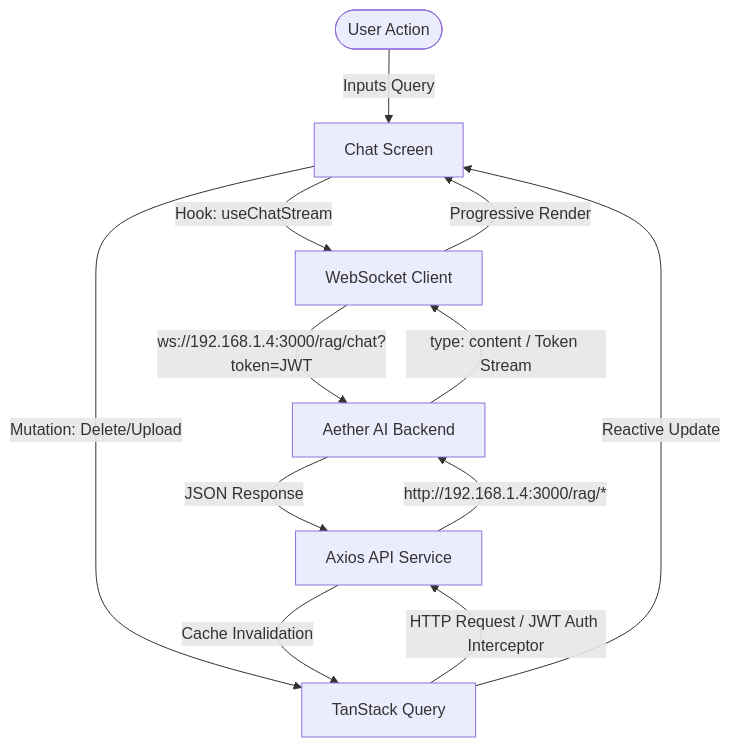
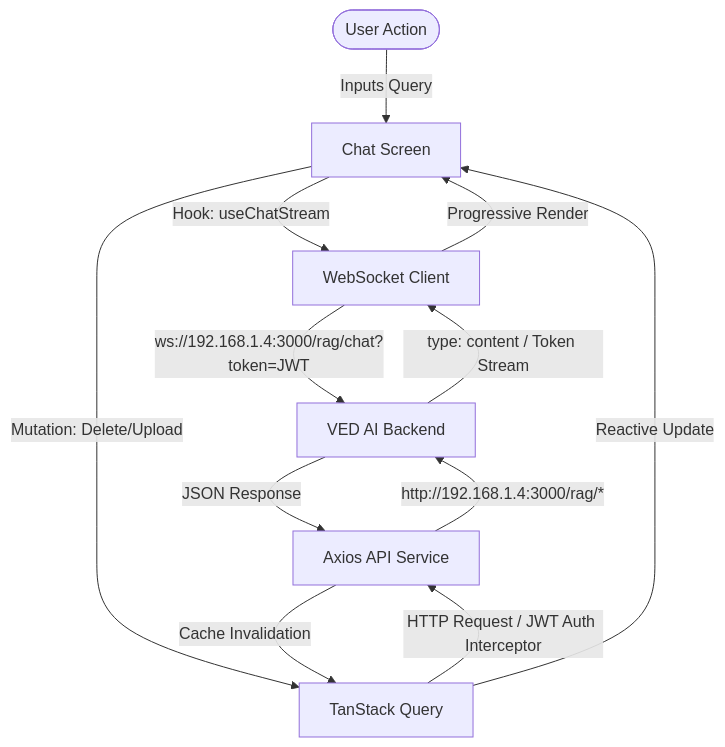
Before and after one commit to okaadyx/ved: the diagram in README.md, drawn with Mermaid. The commit also changed other lines of this file and 39 other files, not shown here.

Commit message:
feat: scaffold VED application structure with authentication flows, chat interface, and custom navigation drawer

````diff
--- a/README.md
+++ b/README.md
@@ -20,17 +20,17 @@
 ```mermaid
 graph TD
     User([User Action]) -->|Inputs Query| Screen[Chat Screen]
     Screen -->|Hook: useChatStream| WS[WebSocket Client]
-    WS -->|ws://192.168.1.4:3000/rag/chat?token=JWT| Server[Aether AI Backend]
+    WS -->|ws://192.168.1.4:3000/rag/chat?token=JWT| Server[VED AI Backend]
     
     Server -->|type: content / Token Stream| WS
     WS -->|Progressive Render| Screen
     
     Screen -->|Mutation: Delete/Upload| Query[TanStack Query]
     Query -->|HTTP Request / JWT Auth Interceptor| API[Axios API Service]
     API -->|http://192.168.1.4:3000/rag/*| Server
     
     Server -->|JSON Response| API
     API -->|Cache Invalidation| Query
     Query -->|Reactive Update| Screen
 ```
````
